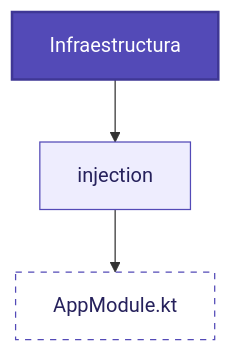
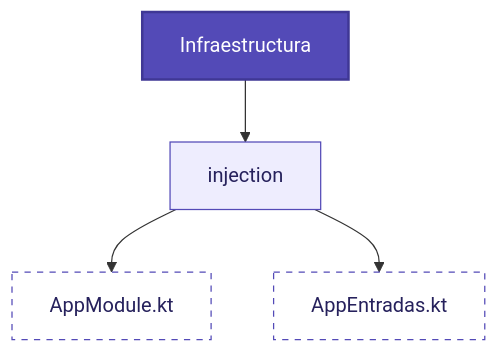
Before and after one commit to ManuelPavonBuendia/AppEntradas: the eighth of 9 diagrams in README.md, drawn with Mermaid. The commit also changed other lines of this file, not shown here.

````diff
--- a/README.md
+++ b/README.md
@@ -270,10 +317,11 @@
 ```mermaid
 graph TD
     infra[Infraestructura]:::layerStyle
     infra --> inj[injection]
     inj --> i1[AppModule.kt]:::folderStyle
+    inj --> i2[AppEntradas.kt]:::folderStyle
 
     classDef layerStyle fill:#534AB7,color:#fff,stroke:#3F3795,stroke-width:2px
     classDef folderStyle fill:white,color:#26215C,stroke:#534AB7,stroke-dasharray: 5 5
     classDef default fill:#EEEDFE,color:#26215C,stroke:#534AB7
 ```
````
